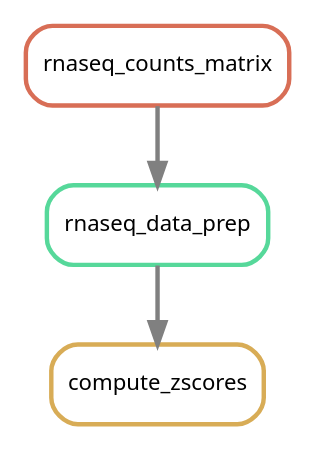
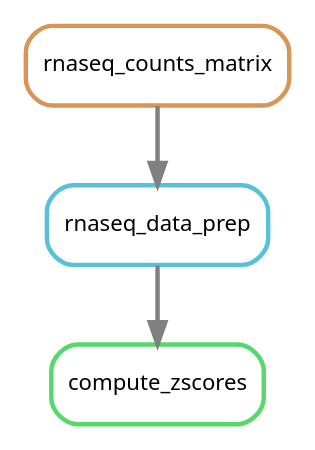
Before and after one commit to NCBI-Hackathons/Pharmacogenomics_Prediction_Pipeline_P3: the diagram in doc/source/images/zscores.dot, drawn with Graphviz. The commit also changed 28 other files, not shown here.

```diff
--- a/doc/source/images/zscores.dot
+++ b/doc/source/images/zscores.dot
@@ -1,10 +1,10 @@
 digraph snakemake_dag {
     graph[bgcolor=white, margin=0];
     node[shape=box, style=rounded, fontname=sans,                 fontsize=10, penwidth=2];
     edge[penwidth=2, color=grey];
-	0[label = "compute_zscores", color = "0.11 0.6 0.85", style="rounded"];
-	1[label = "rnaseq_data_prep", color = "0.42 0.6 0.85", style="rounded"];
-	2[label = "rnaseq_counts_matrix", color = "0.03 0.6 0.85", style="rounded"];
-	1 -> 0
+	0[label = "rnaseq_counts_matrix", color = "0.08 0.6 0.85", style="rounded"];
+	1[label = "compute_zscores", color = "0.36 0.6 0.85", style="rounded"];
+	2[label = "rnaseq_data_prep", color = "0.53 0.6 0.85", style="rounded"];
 	2 -> 1
+	0 -> 2
 }            
```
